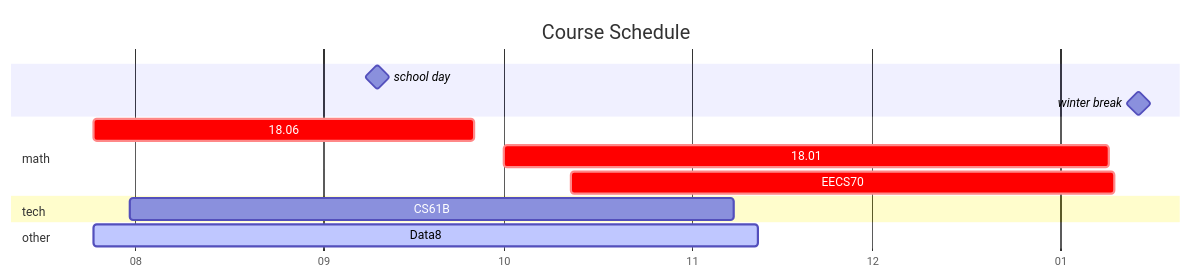
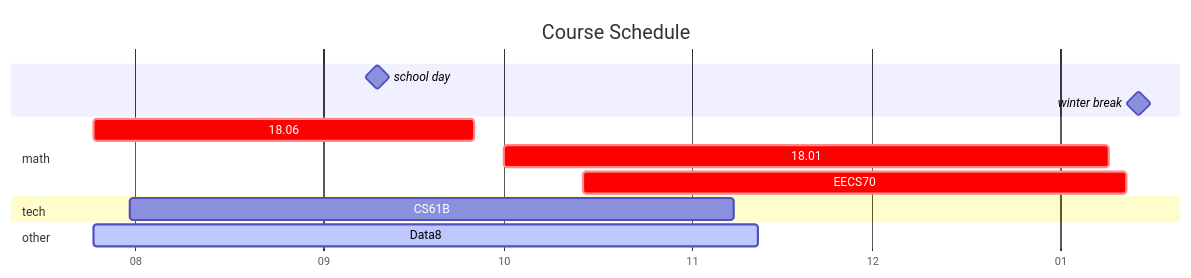
Before and after one commit to 2975459755/2975459755.github.io: the diagram in _tabs/about.md, drawn with Mermaid.

````diff
--- a/_tabs/about.md
+++ b/_tabs/about.md
@@ -12,20 +12,20 @@
 ```mermaid
 gantt
   title  Course Schedule
   dateFormat MM-DD
   axisFormat %m
 
   school day  :	milestone, 09-10, 1m
   winter break: milestone, w, 2024-01-14, 1m
 
   section math
   18.06 			: crit, a, 07-25, 63d
   18.01       : crit, b, 10-01, 100d
-  EECS70      : crit, d, 10-12, 90d
+  EECS70      : crit, d, 10-14, 90d
 
   section tech
   CS61B 			:		61b,	07-31, 100d
 
   section other
   Data8 			: active, d8, 07-25, 110d
 ```
````
